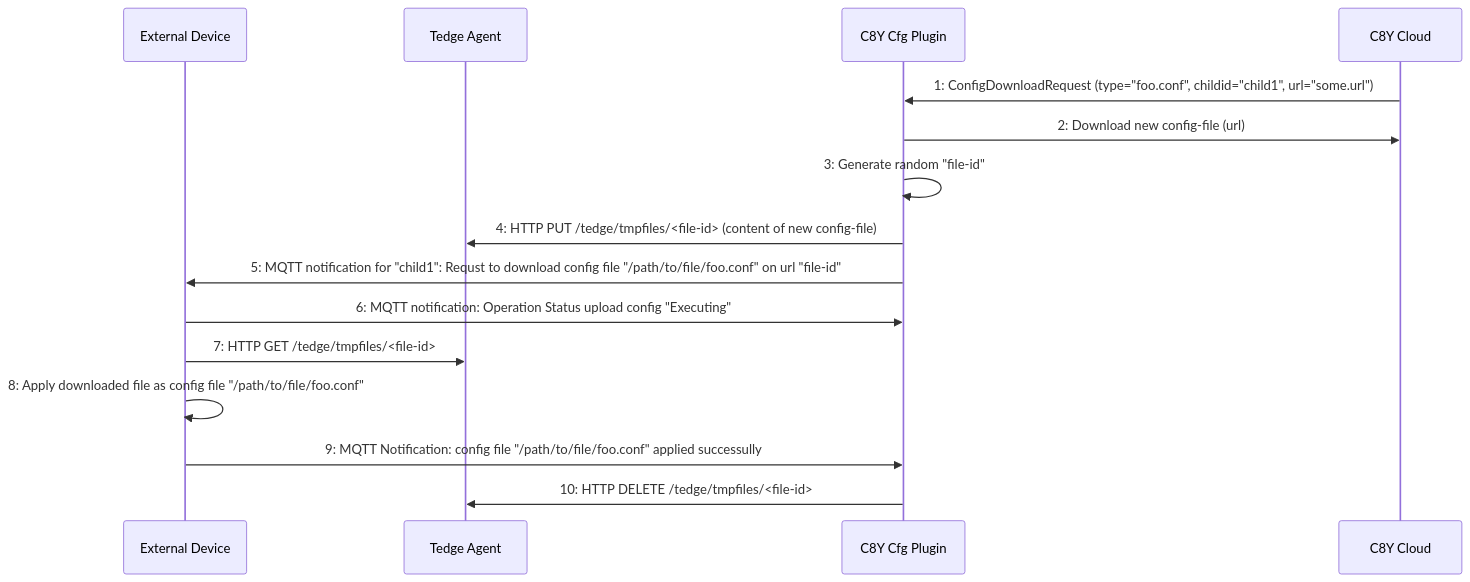
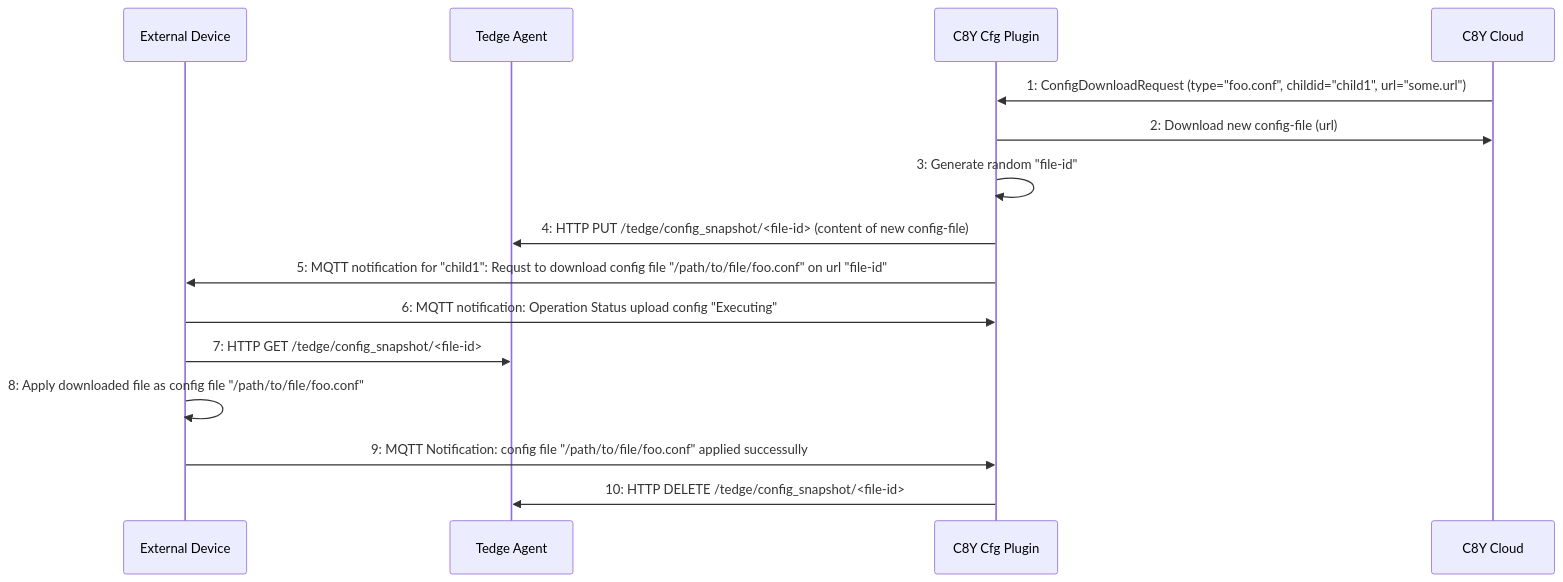
Before and after one commit to thin-edge/thin-edge.io: the second of 2 diagrams in docs/src/references/c8y-configuration-management.md, drawn with Mermaid. The commit also changed other lines of this file, not shown here.

Commit message:
correct HTTP URLs

````diff
--- a/docs/src/references/c8y-configuration-management.md
+++ b/docs/src/references/c8y-configuration-management.md
@@ -359,23 +361,23 @@
 ```mermaid
 sequenceDiagram
     participant External Device
     participant Tedge Agent
     participant C8Y Cfg Plugin
     participant C8Y Cloud
     
 
         C8Y Cloud->>C8Y Cfg Plugin: 1: ConfigDownloadRequest (type="foo.conf", childid="child1", url="some.url")
         C8Y Cfg Plugin->>C8Y Cloud: 2: Download new config-file (url)
 
         C8Y Cfg Plugin->>C8Y Cfg Plugin: 3: Generate random "file-id"     
-        C8Y Cfg Plugin->>Tedge Agent: 4: HTTP PUT /tedge/tmpfiles/<file-id> (content of new config-file)
+        C8Y Cfg Plugin->>Tedge Agent: 4: HTTP PUT /tedge/config_snapshot/<file-id> (content of new config-file)
 
         C8Y Cfg Plugin->>External Device: 5: MQTT notification for "child1": Requst to download config file "/path/to/file/foo.conf" on url "file-id"
 
         External Device->>C8Y Cfg Plugin: 6: MQTT notification: Operation Status upload config "Executing" 
 
-        External Device->>Tedge Agent: 7: HTTP GET /tedge/tmpfiles/<file-id>
+        External Device->>Tedge Agent: 7: HTTP GET /tedge/config_snapshot/<file-id>
         External Device->>External Device: 8: Apply downloaded file as config file "/path/to/file/foo.conf"
         External Device->>C8Y Cfg Plugin: 9: MQTT Notification: config file "/path/to/file/foo.conf" applied successully
-        C8Y Cfg Plugin->>Tedge Agent: 10: HTTP DELETE /tedge/tmpfiles/<file-id>
+        C8Y Cfg Plugin->>Tedge Agent: 10: HTTP DELETE /tedge/config_snapshot/<file-id>
 ```
````
